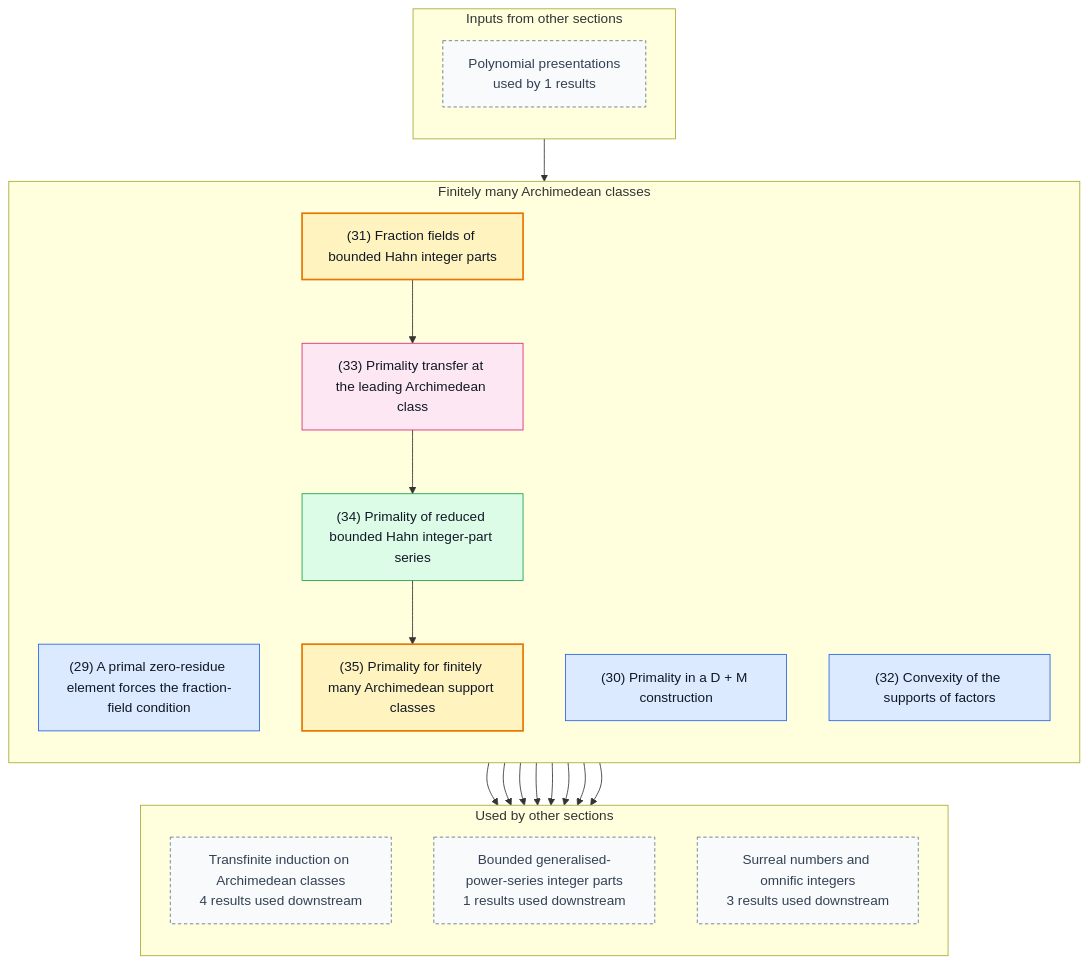
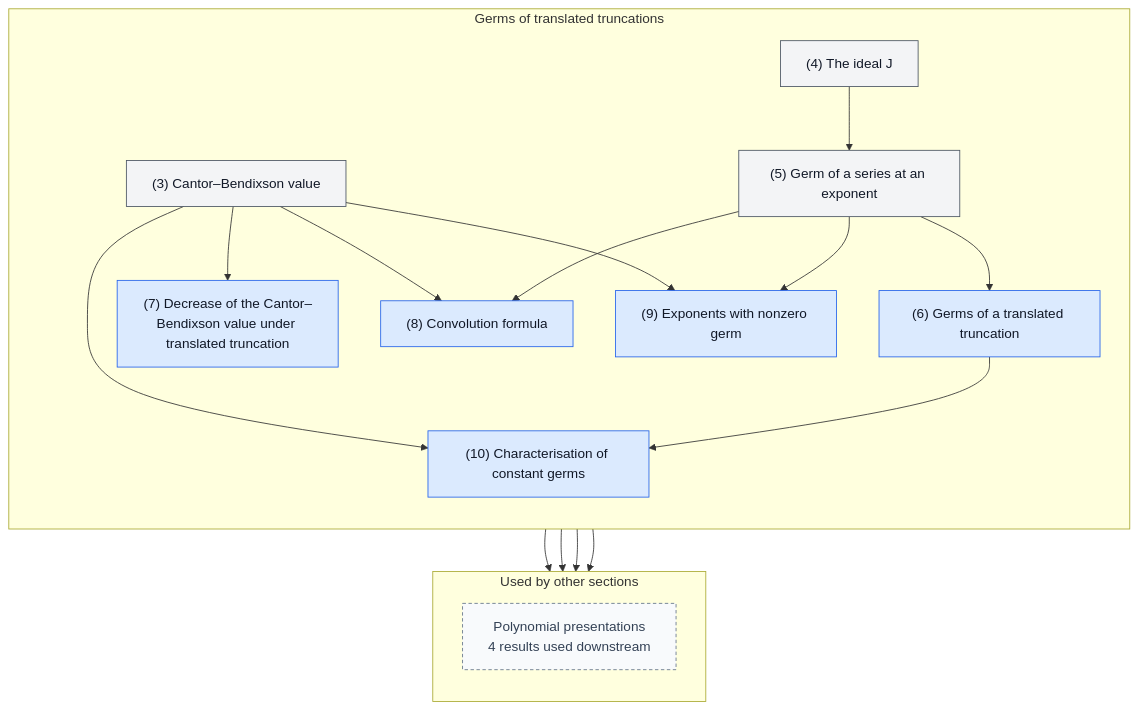
Before and after one commit to gaearon/conway-refinement: the third of 6 diagrams in README.md, drawn with Mermaid. The commit also changed other lines of this file and 27 other files, not shown here.

````diff
--- a/README.md
+++ b/README.md
@@ -368,54 +230,51 @@
 ```mermaid
 %% Generated by scripts/blueprint.sh; do not edit.
 %% Other sections are compressed to boundary nodes.
 %% Solid arrows are proof dependencies; dashed arrows are statement dependencies.
 flowchart TB
-  subgraph inputs["Inputs from other sections"]
+  subgraph current["Germs of translated truncations"]
     direction TB
-    in0["Polynomial presentations<br/>used by 1 results"]:::boundary
-  end
-  subgraph current["Finitely many Archimedean classes"]
-    direction TB
-    n029["(29) A primal zero-residue element forces the fraction-field condition"]:::lemma
-    n030["(30) Primality in a D + M construction"]:::lemma
-    n031["(31) Fraction fields of bounded Hahn integer parts"]:::theorem
-    n032["(32) Convexity of the supports of factors"]:::lemma
-    n033["(33) Primality transfer at the leading Archimedean class"]:::fact
-    n034["(34) Primality of reduced bounded Hahn integer-part series"]:::corollary
-    n035["(35) Primality for finitely many Archimedean support classes"]:::theorem
+    n003["(3) Cantor–Bendixson value"]:::definition
+    n004["(4) The ideal J"]:::definition
+    n005["(5) Germ of a series at an exponent"]:::definition
+    n006["(6) Germs of a translated truncation"]:::lemma
+    n007["(7) Decrease of the Cantor–Bendixson value under translated truncation"]:::lemma
+    n008["(8) Convolution formula"]:::lemma
+    n009["(9) Exponents with nonzero germ"]:::lemma
+    n010["(10) Characterisation of constant germs"]:::lemma
   end
   subgraph outputs["Used by other sections"]
     direction TB
-    out0["Transfinite induction on Archimedean classes<br/>4 results used downstream"]:::boundary
-    out1["Bounded generalised-power-series integer parts<br/>1 results used downstream"]:::boundary
-    out2["Surreal numbers and omnific integers<br/>3 results used downstream"]:::boundary
+    out0["Polynomial presentations<br/>4 results used downstream"]:::boundary
   end
 
-  n031 --> n033
-  n033 --> n034
-  n034 --> n035
-  in0 --> n034
-  n029 --> out0
-  n030 --> out0
-  n032 --> out0
-  n035 --> out0
-  n031 --> out1
-  n031 --> out2
-  n034 --> out2
-  n035 --> out2
-  click n029 "https://gaearon.github.io/conway-refinement/#/result/primal-zero-residue-fraction-field" "Open the statement for lemma 29"
-  click n030 "https://gaearon.github.io/conway-refinement/#/result/primality-in-d-plus-m" "Open the statement for lemma 30"
-  click n031 "https://gaearon.github.io/conway-refinement/#/result/bounded-hahn-integer-part-fraction-field" "Open the statement for theorem 31"
-  click n032 "https://gaearon.github.io/conway-refinement/#/result/convex-support-of-factors" "Open the statement for lemma 32"
-  click n033 "https://gaearon.github.io/conway-refinement/#/result/leading-class-primality-transfer" "Open the statement for fact 33"
-  click n034 "https://gaearon.github.io/conway-refinement/#/result/reduced-hahn-integer-part-primal" "Open the statement for corollary 34"
-  click n035 "https://gaearon.github.io/conway-refinement/#/result/finite-support-classes-primality" "Open the statement for theorem 35"
+  n004 --> n005
+  n005 --> n006
+  n003 --> n007
+  n003 --> n008
+  n005 --> n008
+  n003 --> n009
+  n005 --> n009
+  n003 --> n010
+  n006 --> n010
+  n009 --> out0
+  n010 --> out0
+  n007 --> out0
+  n008 --> out0
+  click n003 "https://gaearon.github.io/conway-refinement/#/result/cantor-bendixson-value" "Open the statement for definition 3"
+  click n004 "https://gaearon.github.io/conway-refinement/#/result/bounded-away-ideal" "Open the statement for definition 4"
+  click n005 "https://gaearon.github.io/conway-refinement/#/result/germ-at" "Open the statement for definition 5"
+  click n006 "https://gaearon.github.io/conway-refinement/#/result/germs-of-translated-truncation" "Open the statement for lemma 6"
+  click n007 "https://gaearon.github.io/conway-refinement/#/result/cantor-bendixson-value-drop" "Open the statement for lemma 7"
+  click n008 "https://gaearon.github.io/conway-refinement/#/result/convolution-formula" "Open the statement for lemma 8"
+  click n009 "https://gaearon.github.io/conway-refinement/#/result/nonzero-germs" "Open the statement for lemma 9"
+  click n010 "https://gaearon.github.io/conway-refinement/#/result/constant-germs" "Open the statement for lemma 10"
 
   classDef theorem fill:#fff3bf,stroke:#e67700,stroke-width:2px,color:#111827
   classDef definition fill:#f3f4f6,stroke:#4b5563,color:#111827
   classDef lemma fill:#dbeafe,stroke:#2563eb,color:#111827
   classDef proposition fill:#ede9fe,stroke:#7c3aed,color:#111827
   classDef corollary fill:#dcfce7,stroke:#16a34a,color:#111827
   classDef fact fill:#fce7f3,stroke:#db2777,color:#111827
   classDef boundary fill:#f8fafc,stroke:#64748b,stroke-dasharray:4 3,color:#334155
 ```
````
